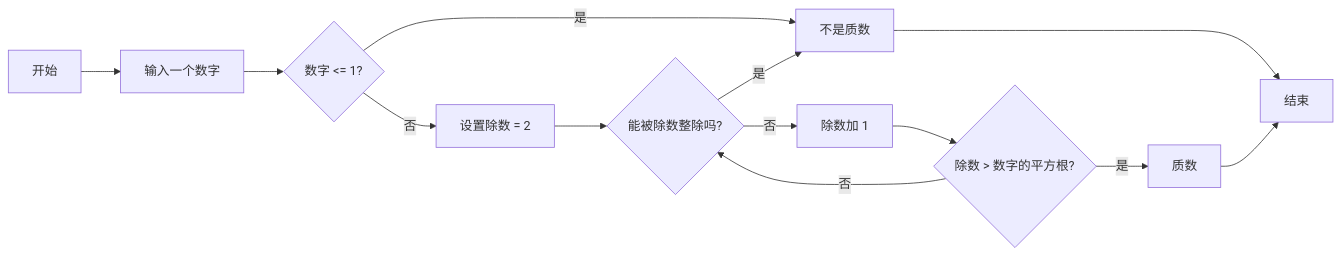
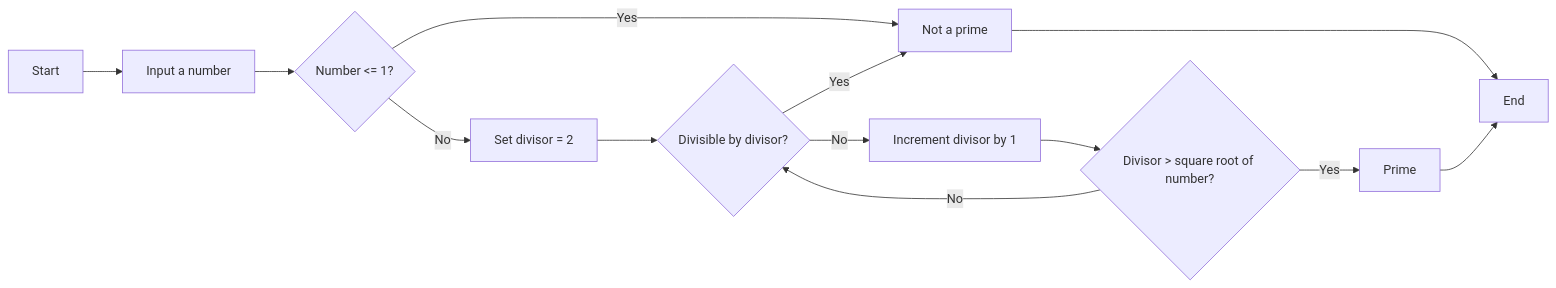
One commit to Dreamwalkor/little-book-of-ai changed the third of 3 diagrams in en/05.md. Above: the diagram before and after it, drawn with Mermaid. The commit also changed other lines of this file and 27 other files, not shown here.

````diff
--- a/en/05.md
+++ b/en/05.md
@@ -214,15 +209,15 @@
 ```mermaid
 flowchart LR
-    A[开始] --> B[输入一个数字]
-    B --> C{数字 <= 1?}
-    C -->|是| D[不是质数]
-    C -->|否| E[设置除数 = 2]
-    E --> F{能被除数整除吗?}
-    F -->|是| D
-    F -->|否| G[除数加 1]
-    G --> H{除数 > 数字的平方根?}
-    H -->|是| I[质数]
-    H -->|否| F
-    I --> J[结束]
+    A[Start] --> B[Input a number]
+    B --> C{Number <= 1?}
+    C -->|Yes| D[Not a prime]
+    C -->|No| E[Set divisor = 2]
+    E --> F{Divisible by divisor?}
+    F -->|Yes| D
+    F -->|No| G[Increment divisor by 1]
+    G --> H{Divisor > square root of number?}
+    H -->|Yes| I[Prime]
+    H -->|No| F
+    I --> J[End]
     D --> J
 ```
````
